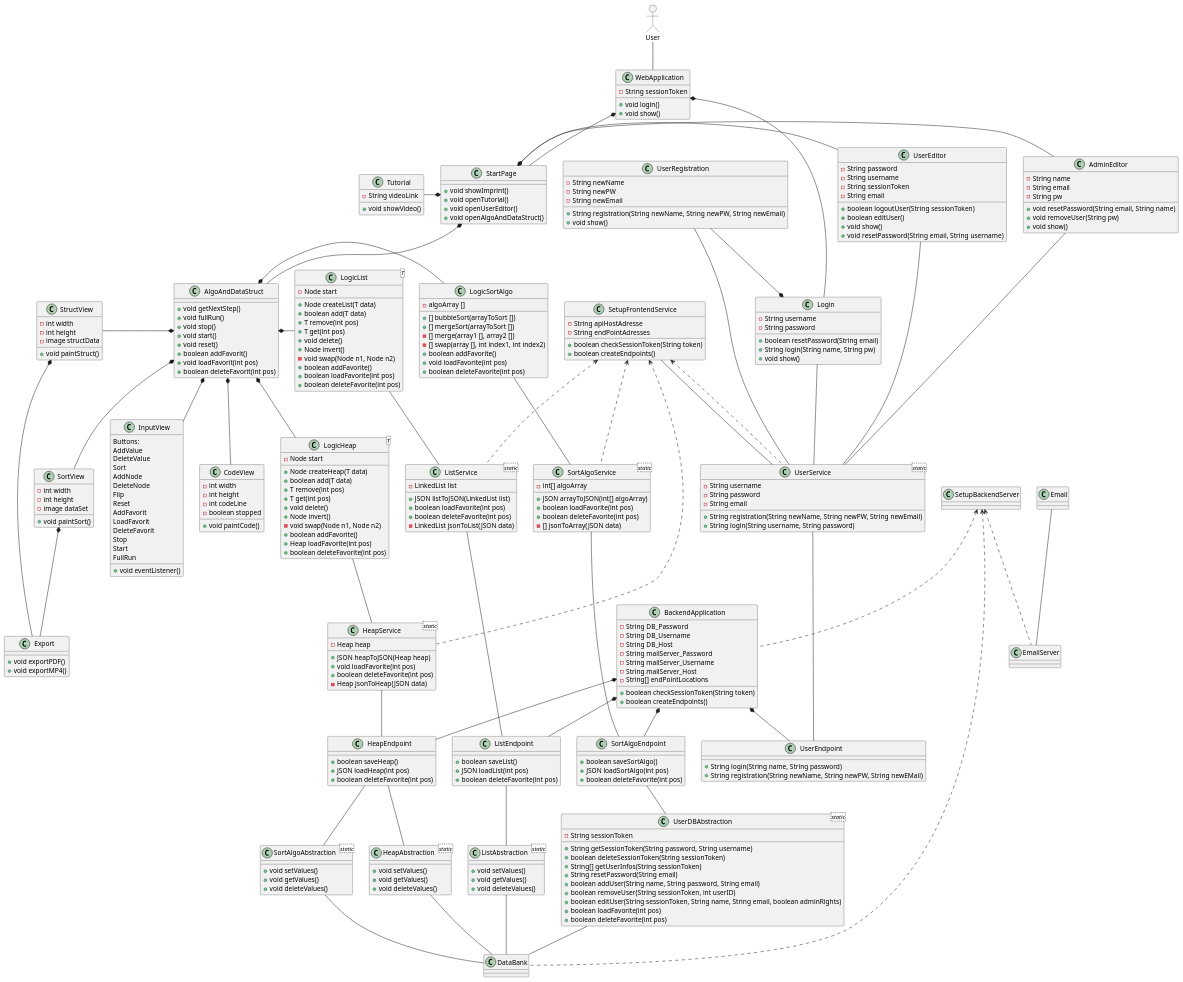
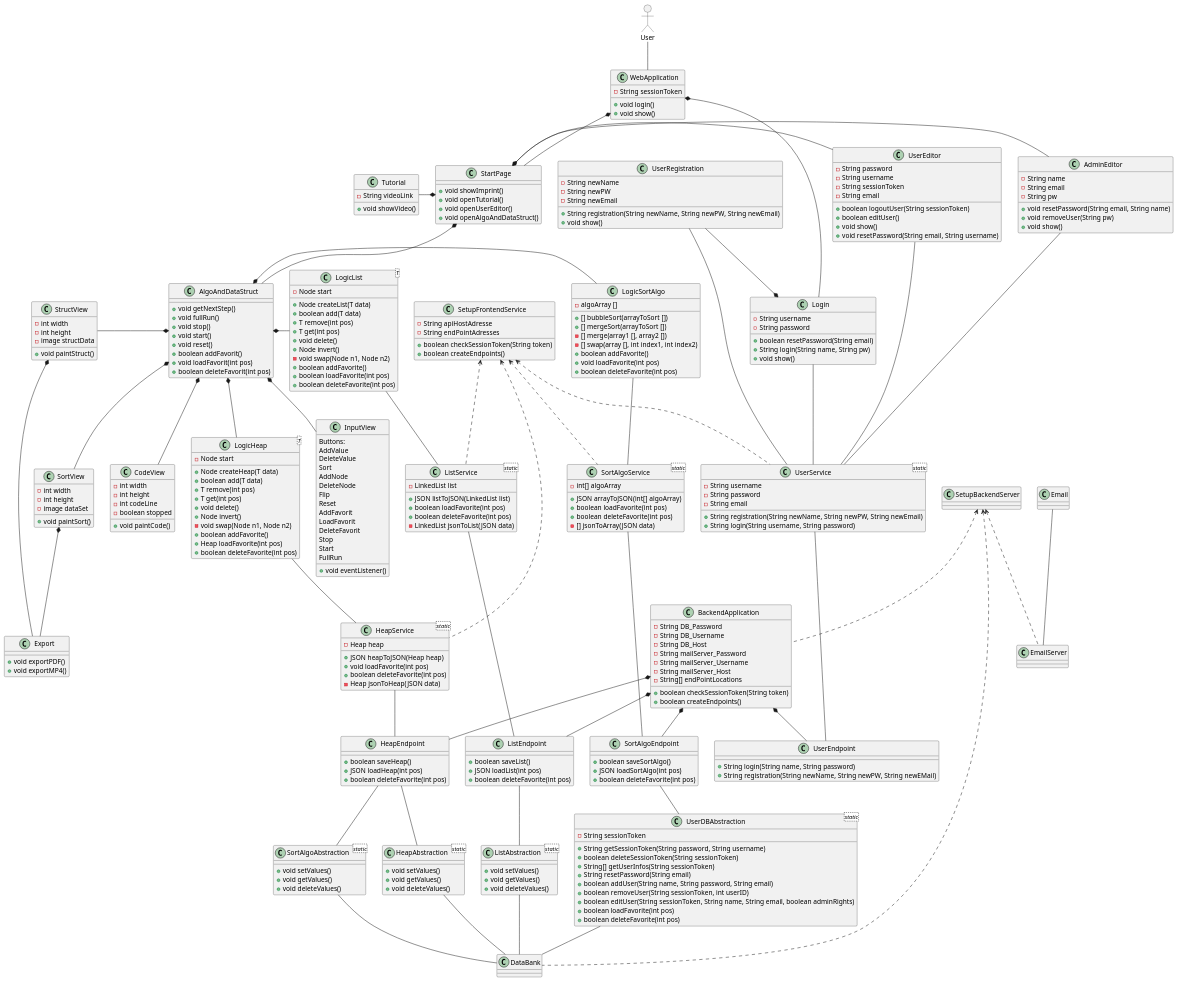
Before and after one commit to schmidti2002/Softwarepraktikum: the diagram in Meilensteine/Meilenstein_03/Visual.puml, drawn with PlantUML.

```diff
--- a/Meilensteine/Meilenstein_03/Visual.puml
+++ b/Meilensteine/Meilenstein_03/Visual.puml
@@ -308,7 +308,6 @@
 AdminEditor -- UserService
 UserEditor -- UserService
 UserRegistration -- UserService
-SetupFrontendService -- UserService
 
 AlgoAndDataStruct *-down-  CodeView
 AlgoAndDataStruct *-down-  SortView
```
